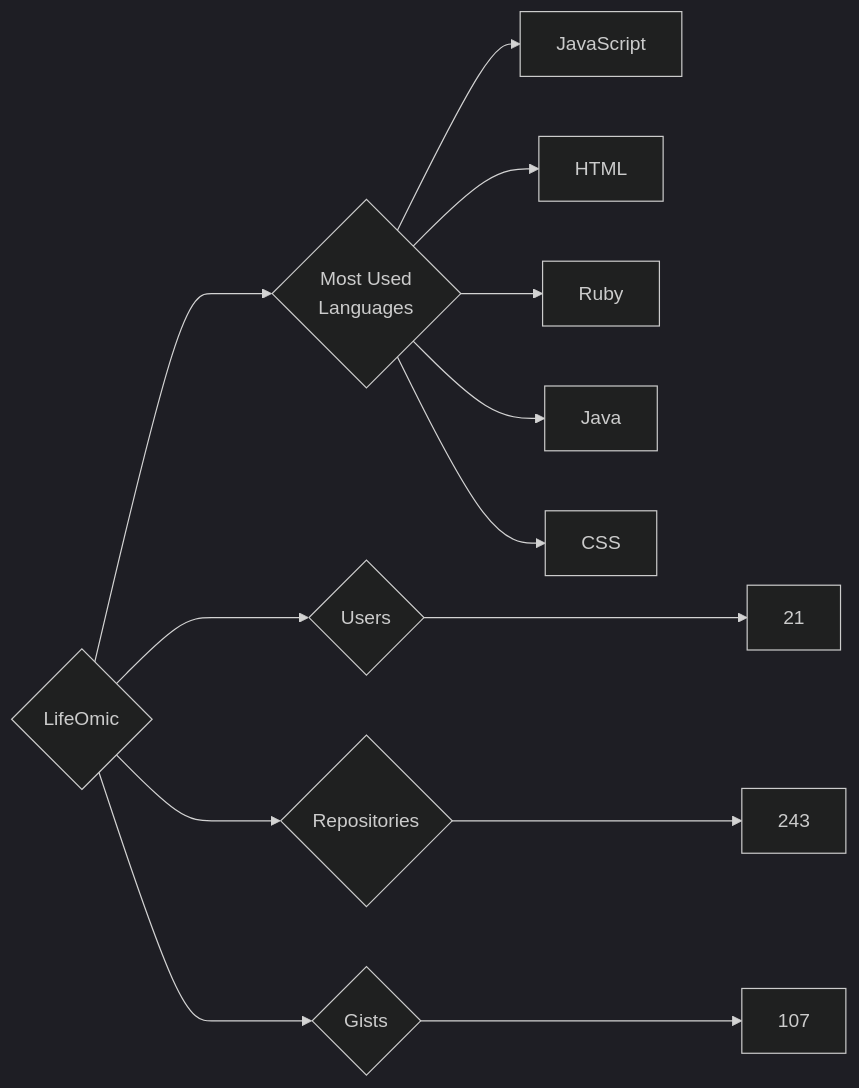
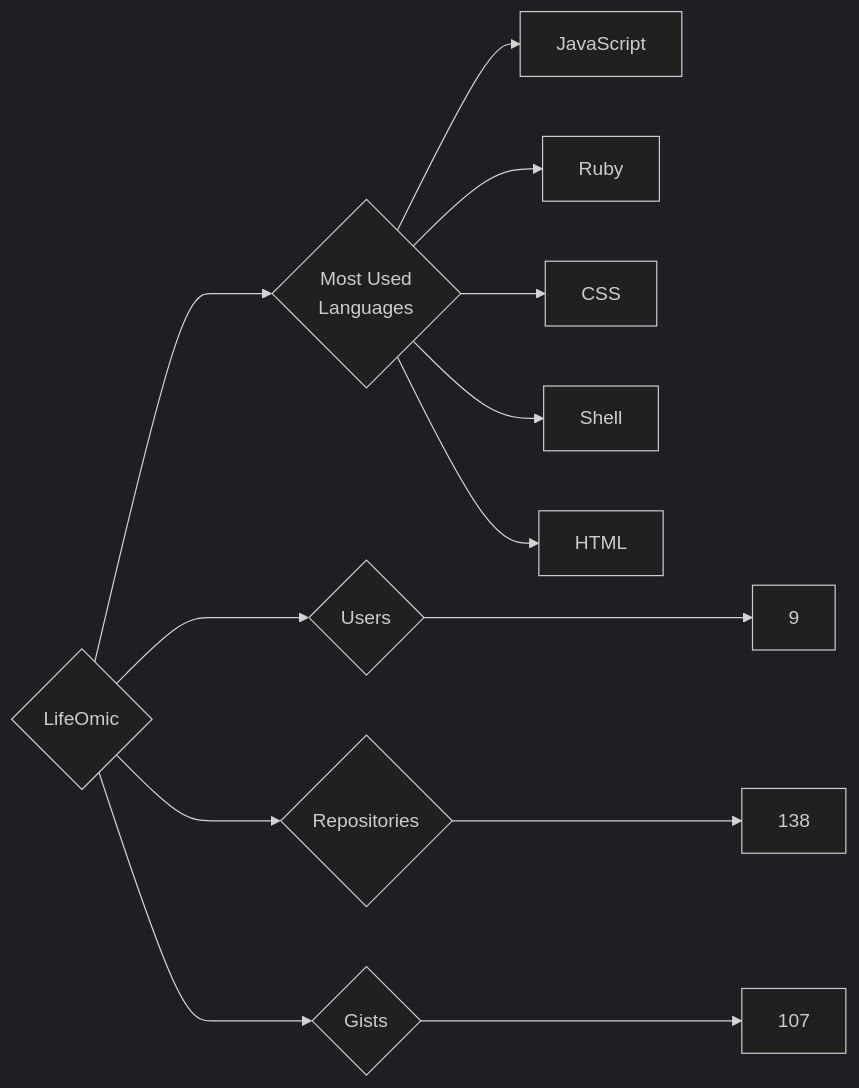
One commit to trickest/insiders changed the diagram in targets/LifeOmic/README.md. Above: the diagram before and after it, drawn with Mermaid (dark theme). The commit also changed 888 other files, not shown here.

````diff
--- a/targets/LifeOmic/README.md
+++ b/targets/LifeOmic/README.md
@@ -3,13 +3,13 @@
 ```mermaid
 graph LR
 COMPANY_NAME{LifeOmic}
-COMPANY_NAME ---> U{Users} ---> UN[21]
-COMPANY_NAME ---> R{Repositories} ---> RN[243]
+COMPANY_NAME ---> U{Users} ---> UN[9]
+COMPANY_NAME ---> R{Repositories} ---> RN[138]
 COMPANY_NAME ---> G{Gists} ---> GN[107]
 COMPANY_NAME ---> ML{Most Used<br>Languages}
 ML --> JavaScript[JavaScript]
+ML --> Ruby[Ruby]
+ML --> CSS[CSS]
+ML --> Shell[Shell]
 ML --> HTML[HTML]
-ML --> Ruby[Ruby]
-ML --> Java[Java]
-ML --> CSS[CSS]
 ```
````
